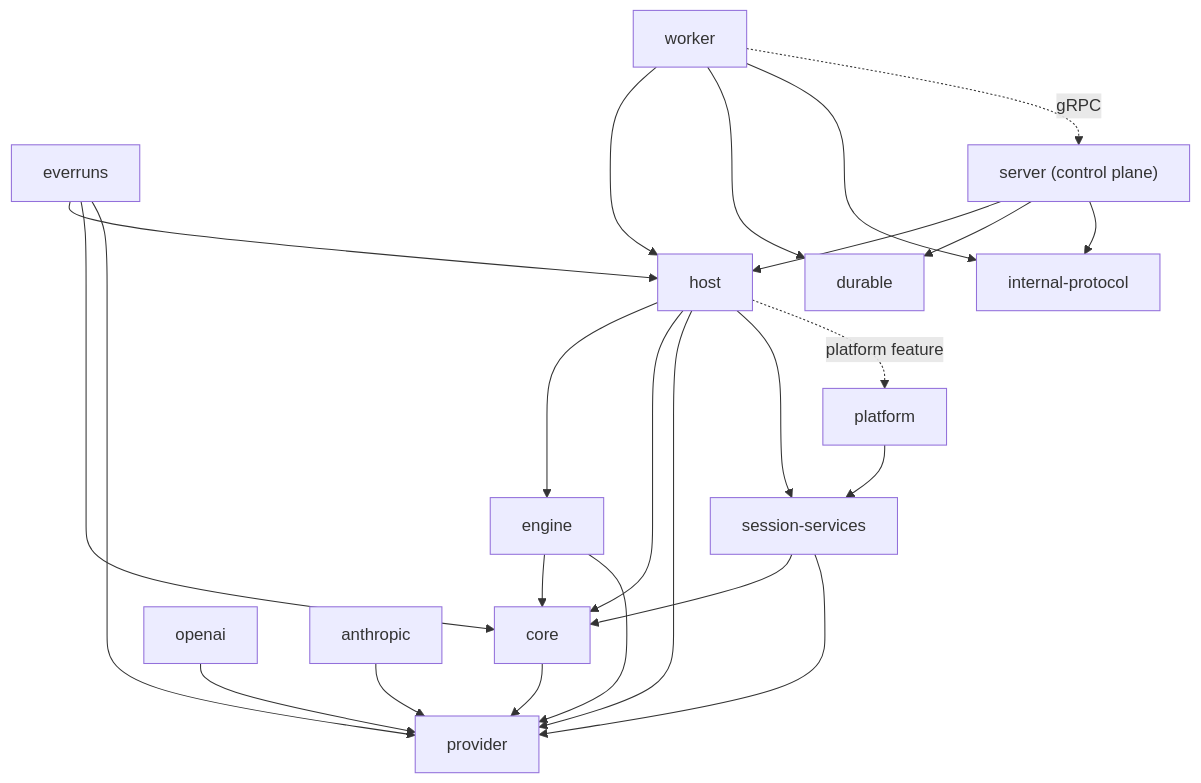
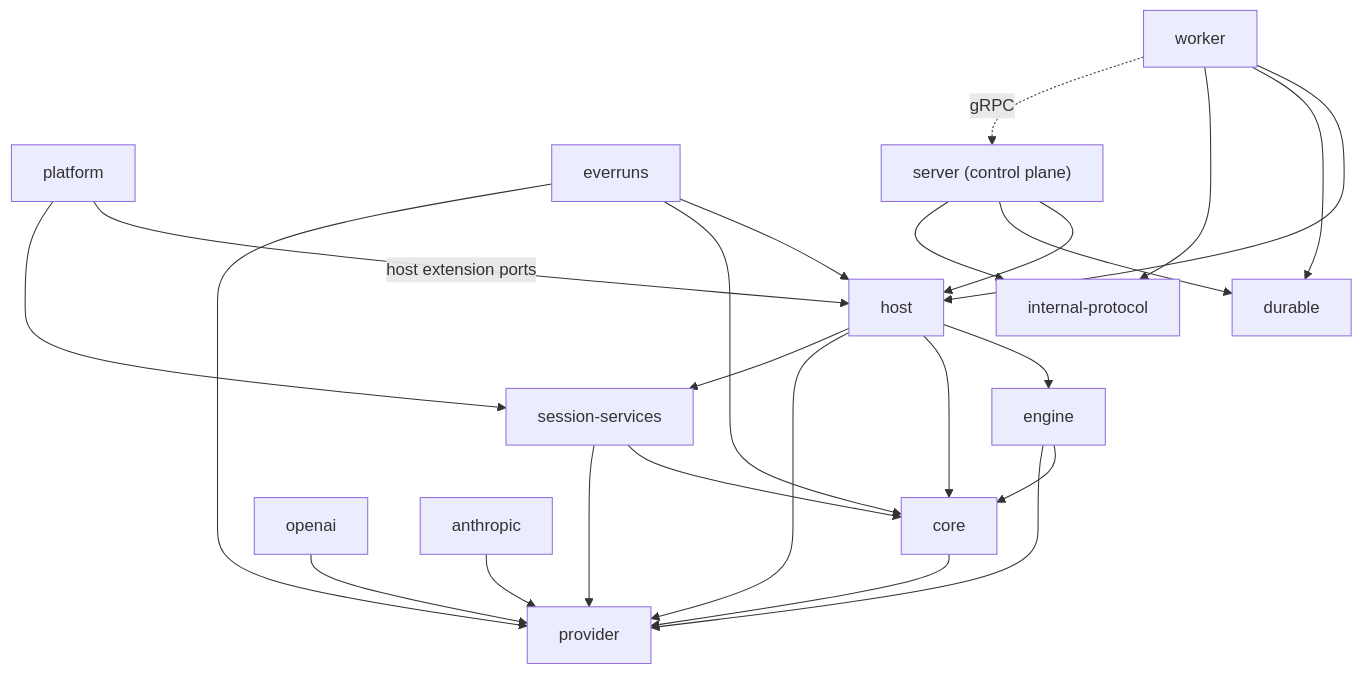
One commit to everruns/everruns changed the second of 3 diagrams in knowledge/foundations/architecture.md. Above: the diagram before and after it, drawn with Mermaid. The commit also changed 28 other files, not shown here.

Commit message:
refactor(host): invert platform extension dependency

````diff
--- a/knowledge/foundations/architecture.md
+++ b/knowledge/foundations/architecture.md
@@ -161,40 +161,40 @@
 ```mermaid
 graph TD
     provider[provider]
     core[core]
     engine[engine]
     session_services[session-services]
     platform[platform]
     host[host]
     framework[everruns]
     openai[openai]
     anthropic[anthropic]
     protocol[internal-protocol]
     durable[durable]
     worker[worker]
     server["server (control plane)"]
 
     core --> provider
     engine --> core
     engine --> provider
     session_services --> core
     session_services --> provider
     host --> engine
     host --> core
     host --> provider
     host --> session_services
-    host -.->|platform feature| platform
+    platform -->|host extension ports| host
     platform --> session_services
     framework --> host
     framework --> core
     framework --> provider
     openai --> provider
     anthropic --> provider
     worker --> host
     worker --> durable
     worker --> protocol
     server --> host
     server --> durable
     server --> protocol
     worker -.->|gRPC| server
 ```
````
